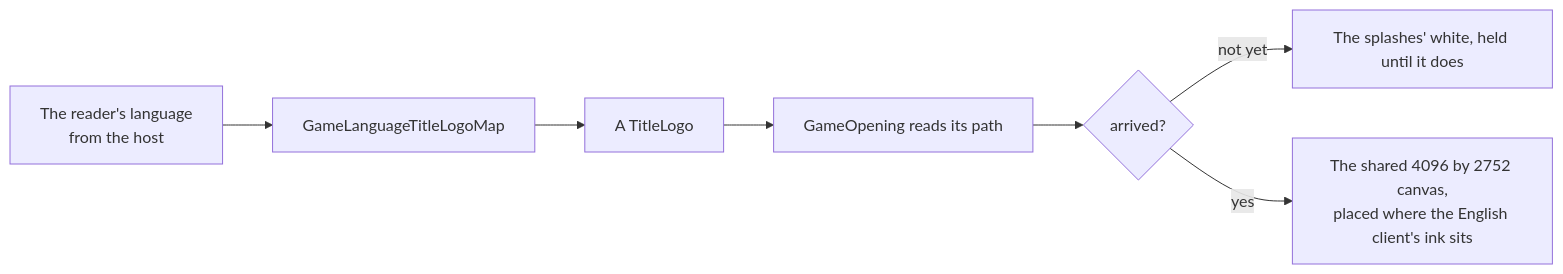
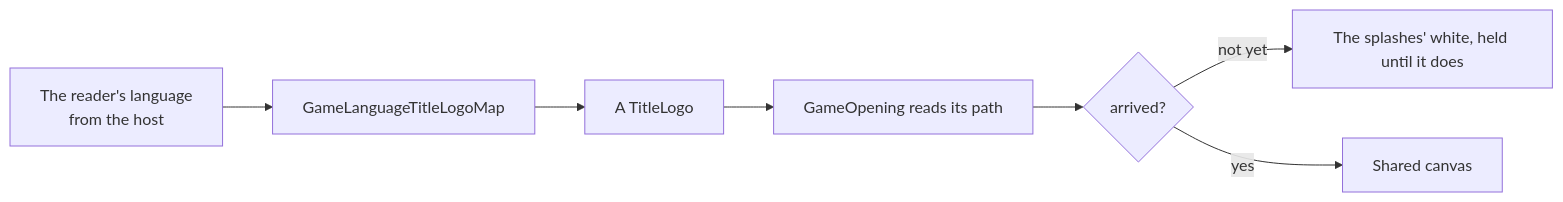
The diagram in openspec/specs/genshin/title-splash/design.md (Esposter/Esposter), drawn with Mermaid before and after one commit. The commit also changed other lines of this file and 17 other files, not shown here.

````diff
--- a/openspec/specs/genshin/title-splash/design.md
+++ b/openspec/specs/genshin/title-splash/design.md
@@ -5,9 +5,9 @@
 ```mermaid
 flowchart LR
   Language["The reader's language<br/>from the host"] --> Pick["GameLanguageTitleLogoMap"]
   Pick --> Logo["A TitleLogo"]
   Logo --> Read["GameOpening reads its path"]
   Read --> Wait{"arrived?"}
   Wait -->|"not yet"| White["The splashes' white, held until it does"]
-  Wait -->|yes| Canvas["The shared 4096 by 2752 canvas,<br/>placed where the English client's ink sits"]
+  Wait -->|yes| Canvas["Shared canvas"]
 ```
````
